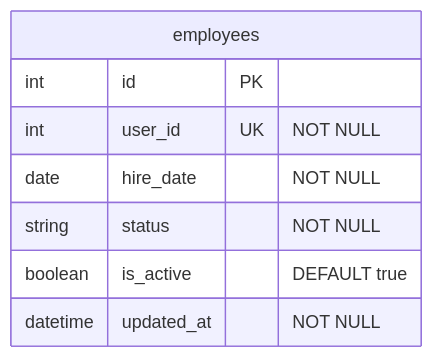
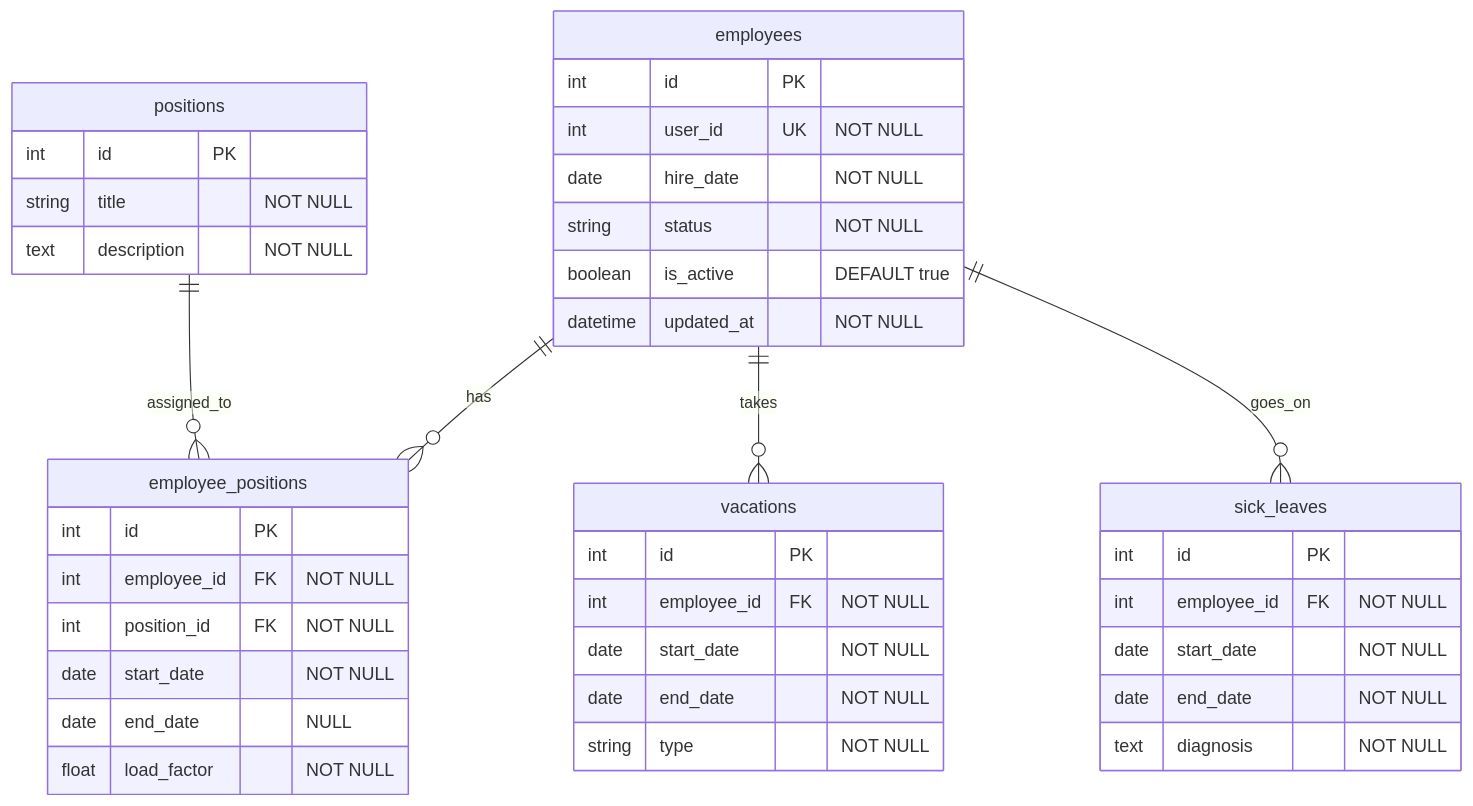
One commit to YuriSilenok/KPK_UP2_24-1P11 changed the diagram in S10/doc.md. Above: the diagram before and after it, drawn with Mermaid. The commit also changed other lines of this file, not shown here.

````diff
--- a/S10/doc.md
+++ b/S10/doc.md
@@ -112,11 +111,43 @@
 ```mermaid
 erDiagram
     employees {
         int id PK
         int user_id UK "NOT NULL"
         date hire_date "NOT NULL"
         string status "NOT NULL"
         boolean is_active "DEFAULT true"
         datetime updated_at "NOT NULL"
     }
+    positions {
+        int id PK
+        string title "NOT NULL"
+        text description "NOT NULL"
+    }
+    employee_positions {
+        int id PK
+        int employee_id FK "NOT NULL"
+        int position_id FK "NOT NULL"
+        date start_date "NOT NULL"
+        date end_date "NULL"
+        float load_factor "NOT NULL"
+    }
+    vacations {
+        int id PK
+        int employee_id FK "NOT NULL"
+        date start_date "NOT NULL"
+        date end_date "NOT NULL"
+        string type "NOT NULL"
+    }
+    sick_leaves {
+        int id PK
+        int employee_id FK "NOT NULL"
+        date start_date "NOT NULL"
+        date end_date "NOT NULL"
+        text diagnosis "NOT NULL"
+    }
+
+    employees ||--o{ employee_positions : "has"
+    positions ||--o{ employee_positions : "assigned_to"
+    employees ||--o{ vacations : "takes"
+    employees ||--o{ sick_leaves : "goes_on"
 ```
````
